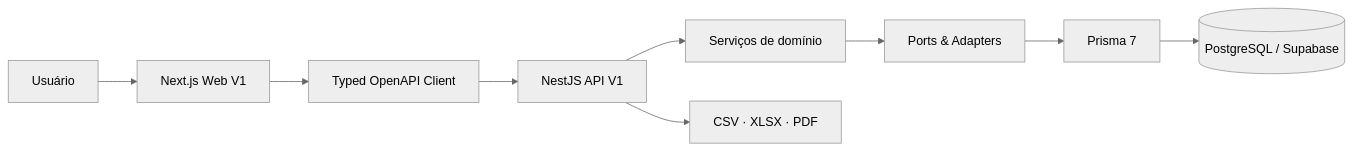
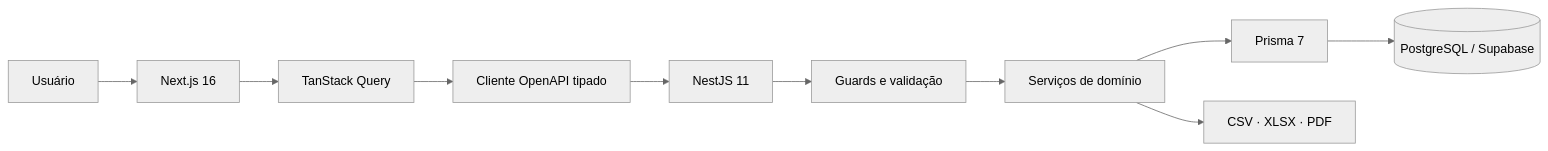
The second of 4 diagrams in README.md (oluisvi/atlas-finance-ai), drawn with Mermaid (neutral theme) before and after one commit. The commit also changed other lines of this file and 5 other files, not shown here.

````diff
--- a/README.md
+++ b/README.md
@@ -159,11 +159,12 @@
 ```mermaid
 flowchart LR
-    USER["Usuário"] --> WEB["Next.js Web V1"]
-    WEB --> CLIENT["Typed OpenAPI Client"]
-    CLIENT --> API["NestJS API V1"]
-    API --> DOMAIN["Serviços de domínio"]
-    DOMAIN --> PORTS["Ports & Adapters"]
-    PORTS --> PRISMA["Prisma 7"]
-    PRISMA --> DB[("PostgreSQL / Supabase")]
-    API --> FILES["CSV · XLSX · PDF"]
+    U[Usuário] --> W[Next.js 16]
+    W --> Q[TanStack Query]
+    Q --> C[Cliente OpenAPI tipado]
+    C --> A[NestJS 11]
+    A --> G[Guards e validação]
+    G --> S[Serviços de domínio]
+    S --> P[Prisma 7]
+    P --> D[(PostgreSQL / Supabase)]
+    S --> X[CSV · XLSX · PDF]
 ```
````
